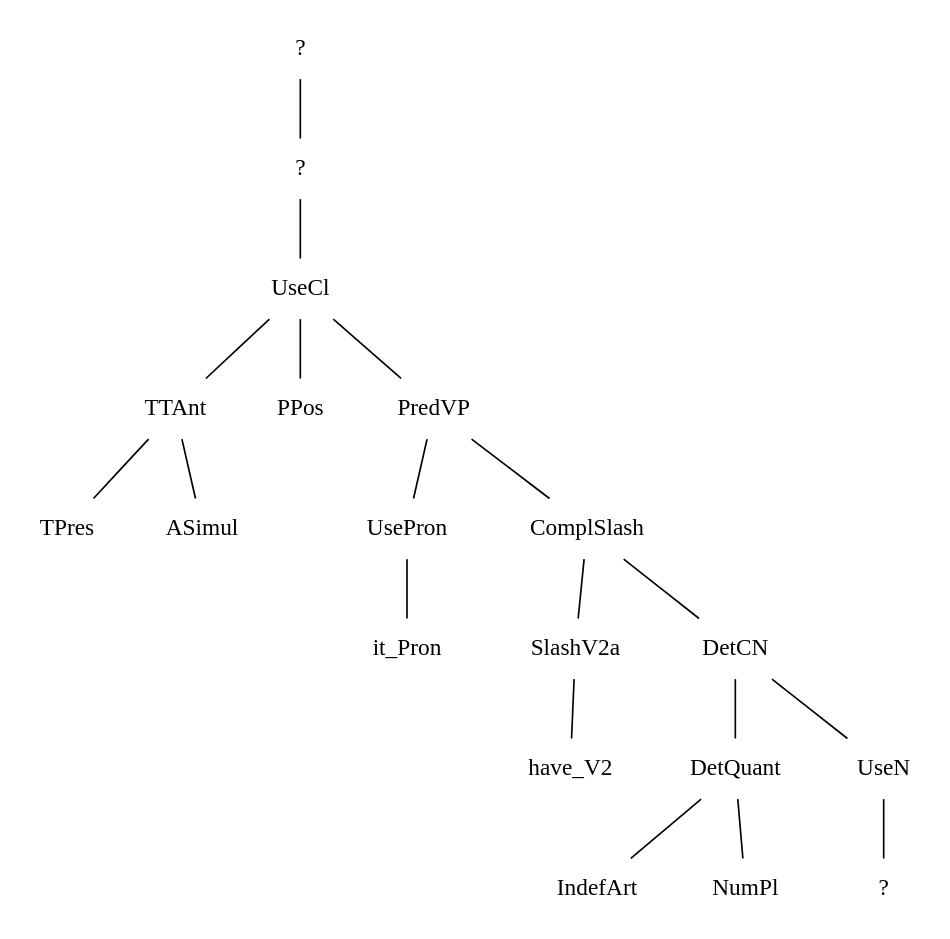
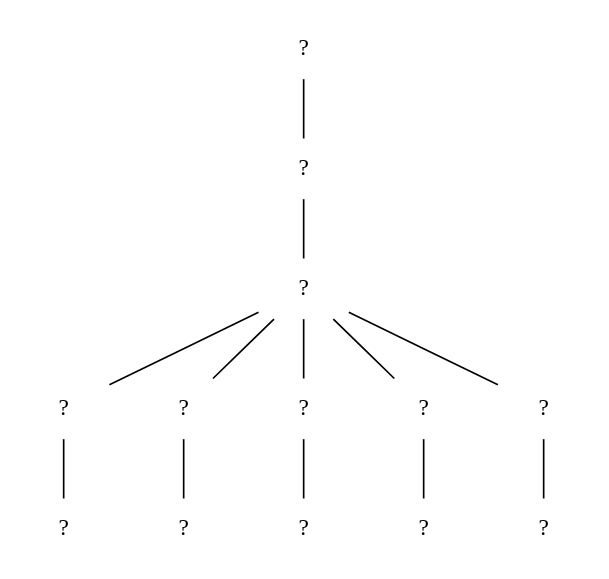
The diagram in mapping/tmp_tree.dot (MalinAhlberg/SwedishProject), drawn with Graphviz before and after one commit. The commit also changed 8 other files, not shown here.

```diff
--- a/mapping/tmp_tree.dot
+++ b/mapping/tmp_tree.dot
@@ -1,39 +1,27 @@
 graph {
 n0[label = "?", style = "solid", shape = "plaintext"] ;
 n0_0[label = "?", style = "solid", shape = "plaintext"] ;
 n0 -- n0_0 [style = "solid"];
-n0_0_0[label = "UseCl", style = "solid", shape = "plaintext"] ;
+n0_0_0[label = "?", style = "solid", shape = "plaintext"] ;
 n0_0 -- n0_0_0 [style = "solid"];
-n0_0_0_0[label = "TTAnt", style = "solid", shape = "plaintext"] ;
+n0_0_0_0[label = "?", style = "solid", shape = "plaintext"] ;
 n0_0_0 -- n0_0_0_0 [style = "solid"];
-n0_0_0_0_0[label = "TPres", style = "solid", shape = "plaintext"] ;
+n0_0_0_0_0[label = "?", style = "solid", shape = "plaintext"] ;
 n0_0_0_0 -- n0_0_0_0_0 [style = "solid"];
-n1_0_0_0_0[label = "ASimul", style = "solid", shape = "plaintext"] ;
-n0_0_0_0 -- n1_0_0_0_0 [style = "solid"];
-n1_0_0_0[label = "PPos", style = "solid", shape = "plaintext"] ;
+n1_0_0_0[label = "?", style = "solid", shape = "plaintext"] ;
 n0_0_0 -- n1_0_0_0 [style = "solid"];
-n2_0_0_0[label = "PredVP", style = "solid", shape = "plaintext"] ;
+n0_1_0_0_0[label = "?", style = "solid", shape = "plaintext"] ;
+n1_0_0_0 -- n0_1_0_0_0 [style = "solid"];
+n2_0_0_0[label = "?", style = "solid", shape = "plaintext"] ;
 n0_0_0 -- n2_0_0_0 [style = "solid"];
-n0_2_0_0_0[label = "UsePron", style = "solid", shape = "plaintext"] ;
+n0_2_0_0_0[label = "?", style = "solid", shape = "plaintext"] ;
 n2_0_0_0 -- n0_2_0_0_0 [style = "solid"];
-n0_0_2_0_0_0[label = "it_Pron", style = "solid", shape = "plaintext"] ;
-n0_2_0_0_0 -- n0_0_2_0_0_0 [style = "solid"];
-n1_2_0_0_0[label = "ComplSlash", style = "solid", shape = "plaintext"] ;
-n2_0_0_0 -- n1_2_0_0_0 [style = "solid"];
-n0_1_2_0_0_0[label = "SlashV2a", style = "solid", shape = "plaintext"] ;
-n1_2_0_0_0 -- n0_1_2_0_0_0 [style = "solid"];
-n0_0_1_2_0_0_0[label = "have_V2", style = "solid", shape = "plaintext"] ;
-n0_1_2_0_0_0 -- n0_0_1_2_0_0_0 [style = "solid"];
-n1_1_2_0_0_0[label = "DetCN", style = "solid", shape = "plaintext"] ;
-n1_2_0_0_0 -- n1_1_2_0_0_0 [style = "solid"];
-n0_1_1_2_0_0_0[label = "DetQuant", style = "solid", shape = "plaintext"] ;
-n1_1_2_0_0_0 -- n0_1_1_2_0_0_0 [style = "solid"];
-n0_0_1_1_2_0_0_0[label = "IndefArt", style = "solid", shape = "plaintext"] ;
-n0_1_1_2_0_0_0 -- n0_0_1_1_2_0_0_0 [style = "solid"];
-n1_0_1_1_2_0_0_0[label = "NumPl", style = "solid", shape = "plaintext"] ;
-n0_1_1_2_0_0_0 -- n1_0_1_1_2_0_0_0 [style = "solid"];
-n1_1_1_2_0_0_0[label = "UseN", style = "solid", shape = "plaintext"] ;
-n1_1_2_0_0_0 -- n1_1_1_2_0_0_0 [style = "solid"];
-n0_1_1_1_2_0_0_0[label = "?", style = "solid", shape = "plaintext"] ;
-n1_1_1_2_0_0_0 -- n0_1_1_1_2_0_0_0 [style = "solid"];
+n3_0_0_0[label = "?", style = "solid", shape = "plaintext"] ;
+n0_0_0 -- n3_0_0_0 [style = "solid"];
+n0_3_0_0_0[label = "?", style = "solid", shape = "plaintext"] ;
+n3_0_0_0 -- n0_3_0_0_0 [style = "solid"];
+n4_0_0_0[label = "?", style = "solid", shape = "plaintext"] ;
+n0_0_0 -- n4_0_0_0 [style = "solid"];
+n0_4_0_0_0[label = "?", style = "solid", shape = "plaintext"] ;
+n4_0_0_0 -- n0_4_0_0_0 [style = "solid"];
 }
```
